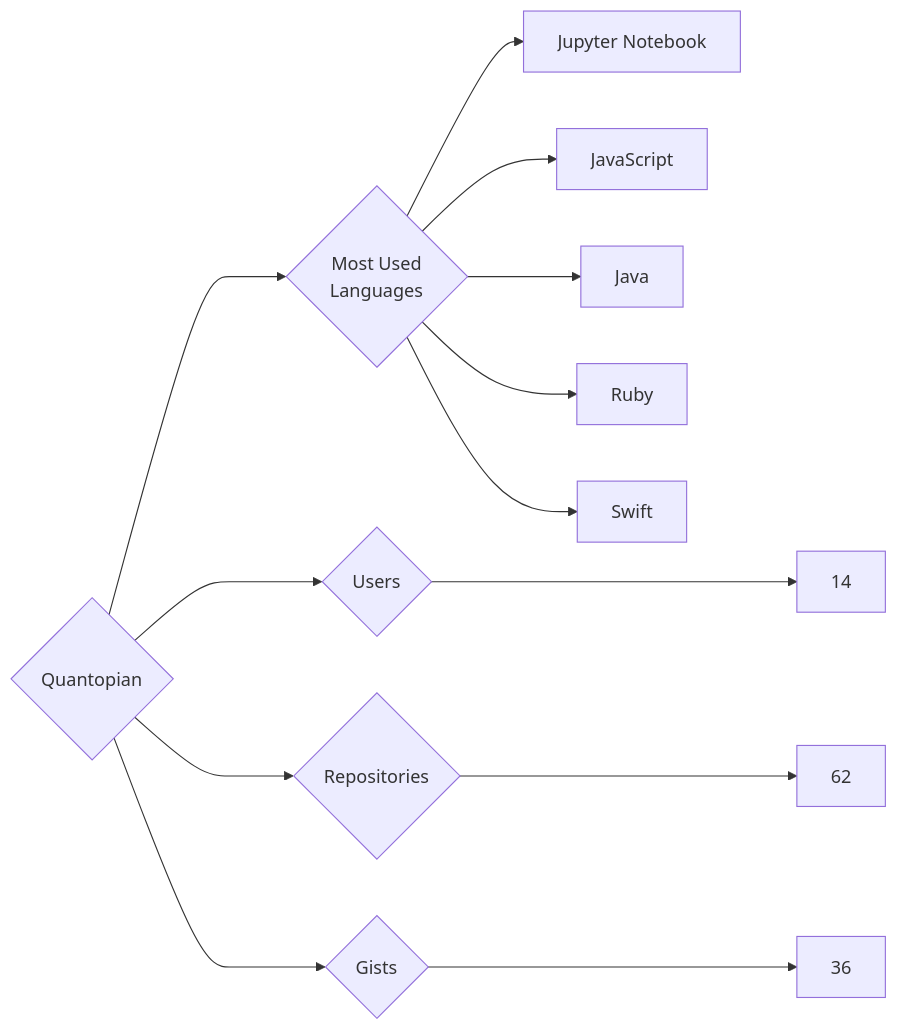
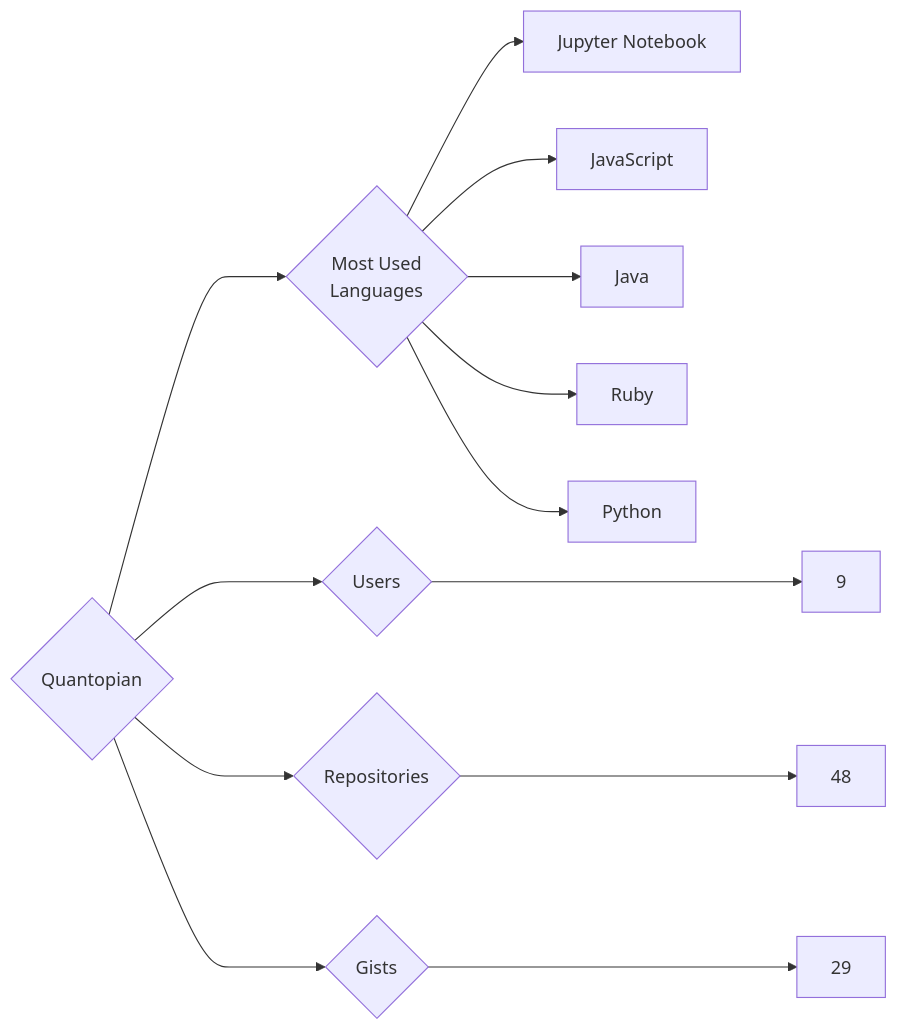
The diagram in targets/Quantopian/README.md (trickest/insiders), drawn with Mermaid before and after one commit. The commit also changed 1496 other files, not shown here.

````diff
--- a/targets/Quantopian/README.md
+++ b/targets/Quantopian/README.md
@@ -3,13 +3,13 @@
 ```mermaid
 graph LR
 COMPANY_NAME{Quantopian}
-COMPANY_NAME ---> U{Users} ---> UN[14]
-COMPANY_NAME ---> R{Repositories} ---> RN[62]
-COMPANY_NAME ---> G{Gists} ---> GN[36]
+COMPANY_NAME ---> U{Users} ---> UN[9]
+COMPANY_NAME ---> R{Repositories} ---> RN[48]
+COMPANY_NAME ---> G{Gists} ---> GN[29]
 COMPANY_NAME ---> ML{Most Used<br>Languages}
 ML --> Jupyter_Notebook[Jupyter Notebook]
 ML --> JavaScript[JavaScript]
 ML --> Java[Java]
 ML --> Ruby[Ruby]
-ML --> Swift[Swift]
+ML --> Python[Python]
 ```
````
